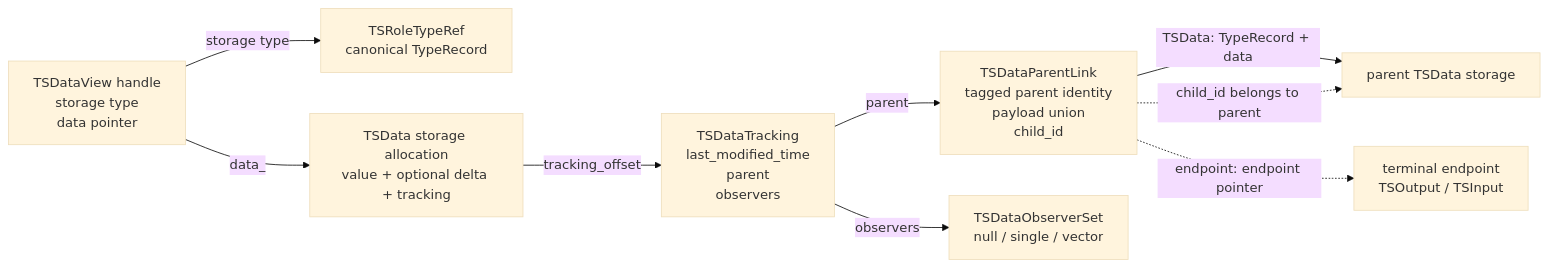
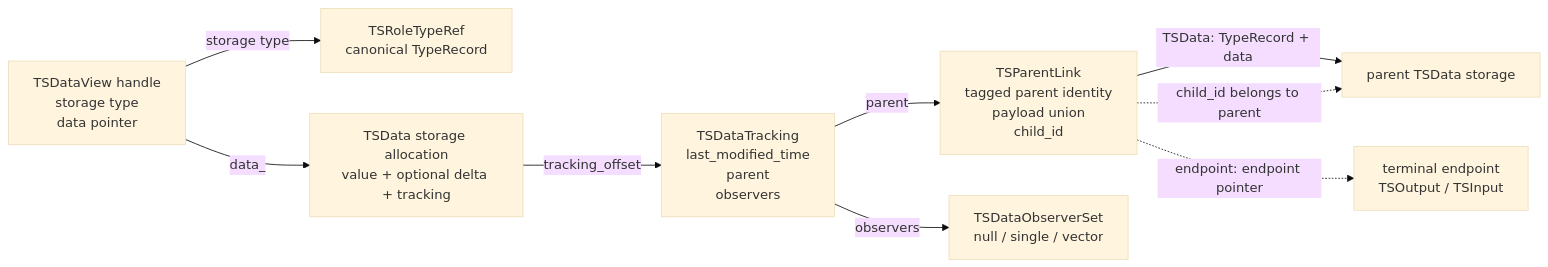
Before and after one commit to hhenson/hgraph: the seventh of 10 diagrams in docs/source/developer_guide/data_structures/plans_and_ops/time_series.rst, drawn with Mermaid (base theme). The commit also changed other lines of this file and 8 other files, not shown here.

```diff
--- a/docs/source/developer_guide/data_structures/plans_and_ops/time_series.rst
+++ b/docs/source/developer_guide/data_structures/plans_and_ops/time_series.rst
@@ -972,20 +972,20 @@
 .. mermaid::
 
    flowchart LR
       View["TSDataView handle<br/>storage type<br/>data pointer"]
       Type["TSRoleTypeRef<br/>canonical TypeRecord"]
       Data["TSData storage allocation<br/>value + optional delta + tracking"]
       Tracking["TSDataTracking<br/>last_modified_time<br/>parent<br/>observers"]
-      Link["TSDataParentLink<br/>tagged parent identity<br/>payload union<br/>child_id"]
+      Link["TSParentLink<br/>tagged parent identity<br/>payload union<br/>child_id"]
       Observers["TSDataObserverSet<br/>null / single / vector"]
       ParentData["parent TSData storage"]
       Endpoint["terminal endpoint<br/>TSOutput / TSInput"]
 
       View -->|storage type| Type
       View -->|data_| Data
       Data -->|tracking_offset| Tracking
       Tracking -->|parent| Link
       Tracking -->|observers| Observers
       Link -->|TSData: TypeRecord + data| ParentData
       Link -.endpoint: endpoint pointer.-> Endpoint
       Link -.child_id belongs to parent.-> ParentData
```
